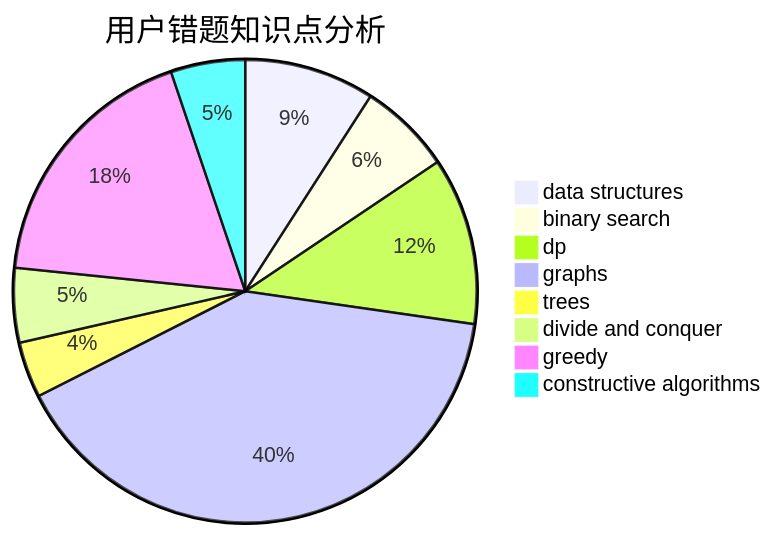
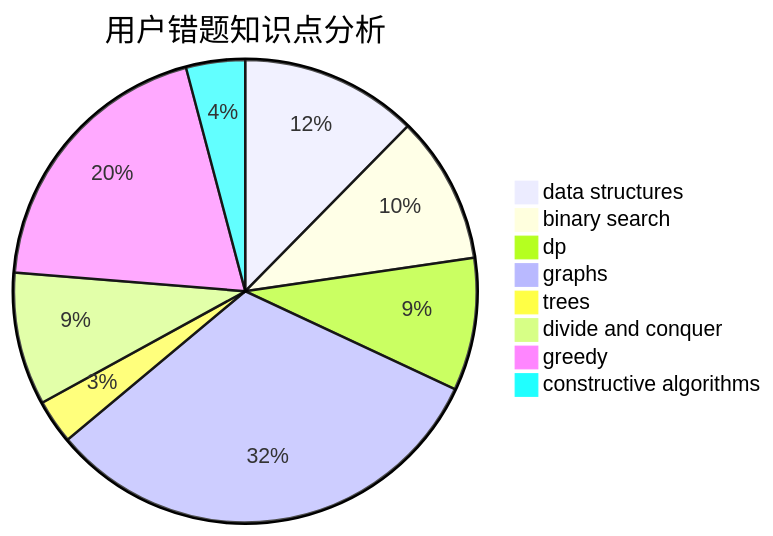
The third of 3 diagrams in docs/user/u2405.md (sherpahu/cfrs.github.io), drawn with Mermaid before and after one commit. The commit also changed other lines of this file and 2770 other files, not shown here.

````diff
--- a/docs/user/u2405.md
+++ b/docs/user/u2405.md
@@ -36,11 +36,11 @@
 ```mermaid
 pie title 用户错题知识点分析
-    "data structures" :  7
-    "binary search" :  5
+    "data structures" :  12
+    "binary search" :  10
     "dp" :  9
     "graphs" :  31
     "trees" :  3
-    "divide and conquer" :  4
-    "greedy" :  14
+    "divide and conquer" :  9
+    "greedy" :  19
     "constructive algorithms" :  4
 ```
````
